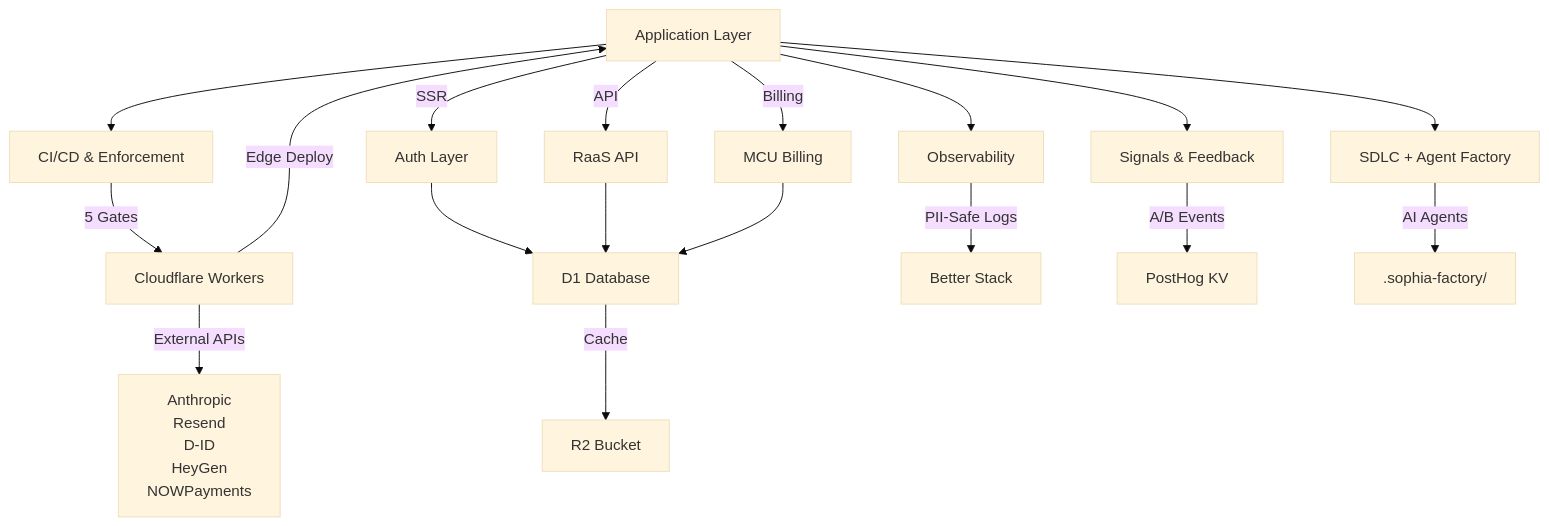
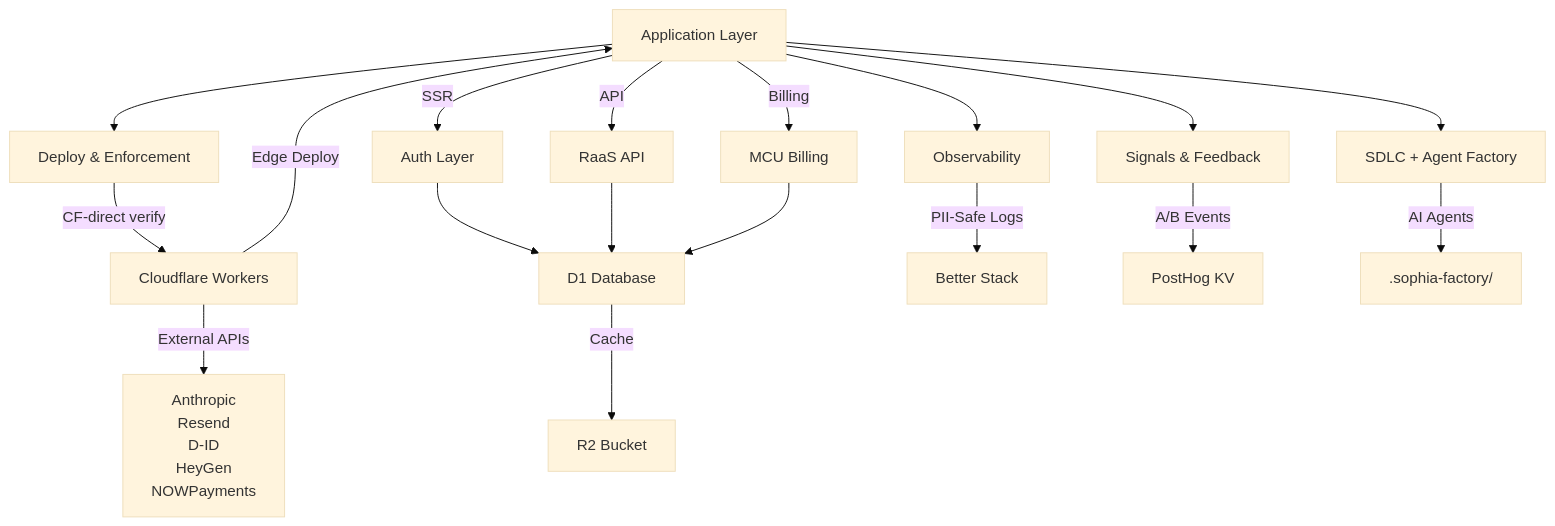
The diagram in docs/system-architecture.md (minhlongs/sophia-ai-factory), drawn with Mermaid (base theme) before and after one commit. The commit also changed other lines of this file and 34 other files, not shown here.

````diff
--- a/docs/system-architecture.md
+++ b/docs/system-architecture.md
@@ -44,23 +44,23 @@
 ```mermaid
 graph TB
     APP["Application Layer"] --> SDLC["SDLC + Agent Factory"]
     APP --> SIGNALS["Signals & Feedback"]
     APP --> OBS["Observability"]
-    APP --> CICD["CI/CD & Enforcement"]
-    CICD -->|5 Gates| CF["Cloudflare Workers"]
+    APP --> DEPLOY["Deploy & Enforcement"]
+    DEPLOY -->|CF-direct verify| CF["Cloudflare Workers"]
     CF -->|Edge Deploy| APP
     
     APP -->|SSR| AUTH["Auth Layer"]
     APP -->|API| API["RaaS API"]
     AUTH --> D1["D1 Database"]
     API --> D1
     APP -->|Billing| BILL["MCU Billing"]
     BILL --> D1
     
     OBS -->|PII-Safe Logs| BS["Better Stack"]
     SIGNALS -->|A/B Events| PH["PostHog KV"]
     SDLC -->|AI Agents| AF[".sophia-factory/"]
     
     D1 -->|Cache| R2["R2 Bucket"]
     CF -->|External APIs| EXT["Anthropic<br/>Resend<br/>D-ID<br/>HeyGen<br/>NOWPayments"]
 ```
````
